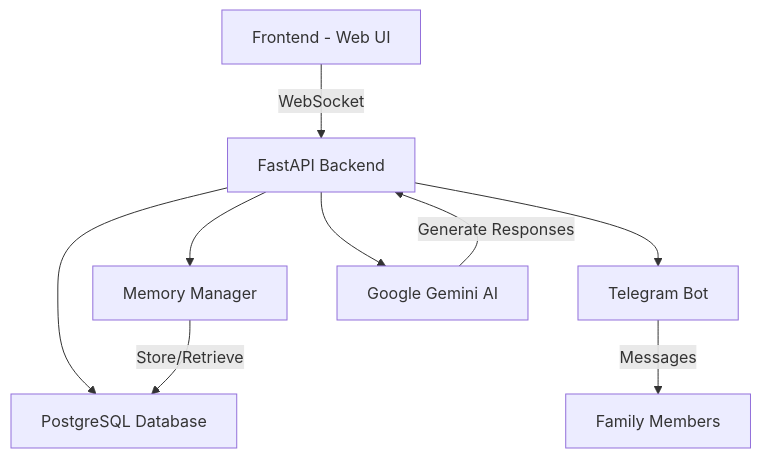
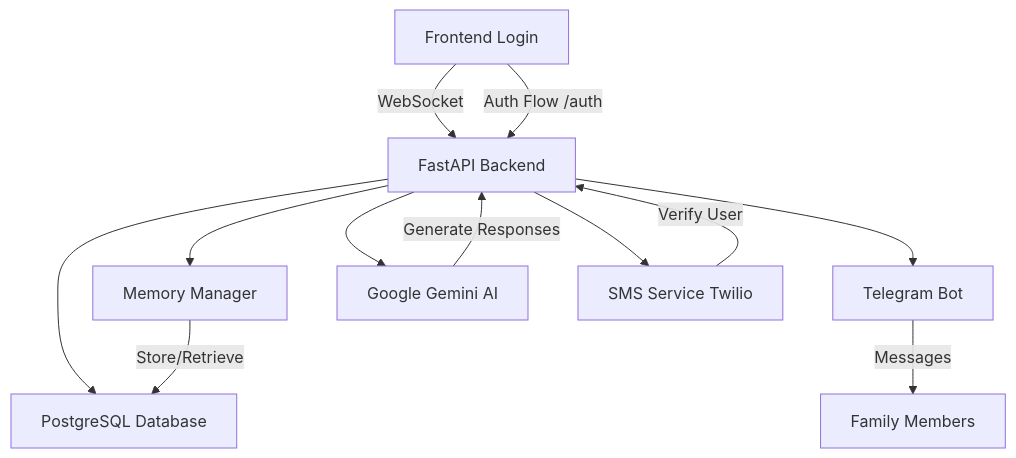
Before and after one commit to ogarmar/Compa: the first of 2 diagrams in Readme.md, drawn with Mermaid. The commit also changed other lines of this file, not shown here.

````diff
--- a/Readme.md
+++ b/Readme.md
@@ -36,11 +41,14 @@
 ```mermaid
 graph TD
-    A[Frontend - Web UI] -->|WebSocket| B[FastAPI Backend]
+    A[Frontend Login] -->|WebSocket| B[FastAPI Backend]
+    A -->|Auth Flow /auth| B
     B --> C[Memory Manager]
     B --> D[Telegram Bot]
     B --> E[Google Gemini AI]
     B --> F[PostgreSQL Database]
-    D -->|Messages| G[Family Members]
+    B --> G[SMS Service Twilio]
+    D -->|Messages| H[Family Members]
     C -->|Store/Retrieve| F
     E -->|Generate Responses| B
+    G -->|Verify User| B
 ```
````
